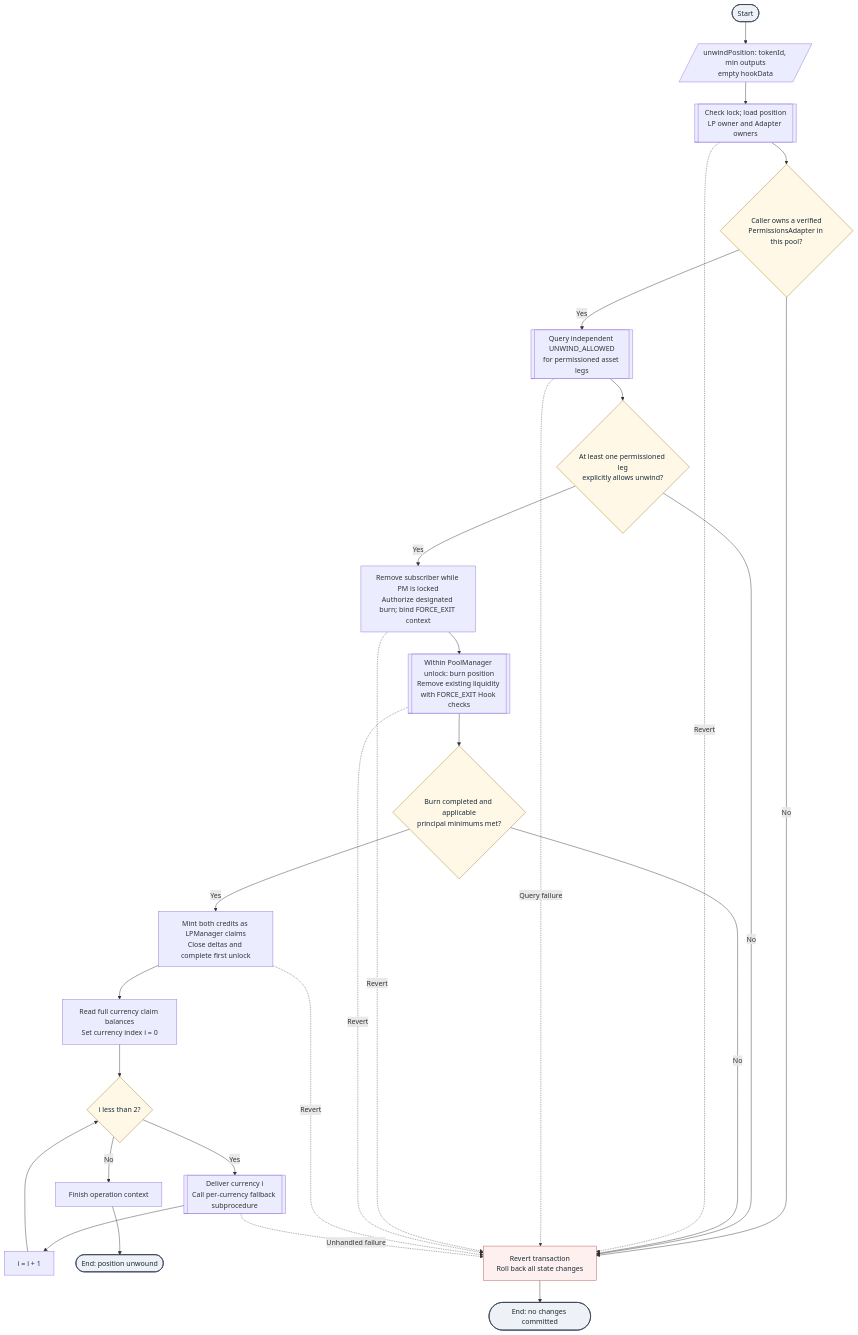
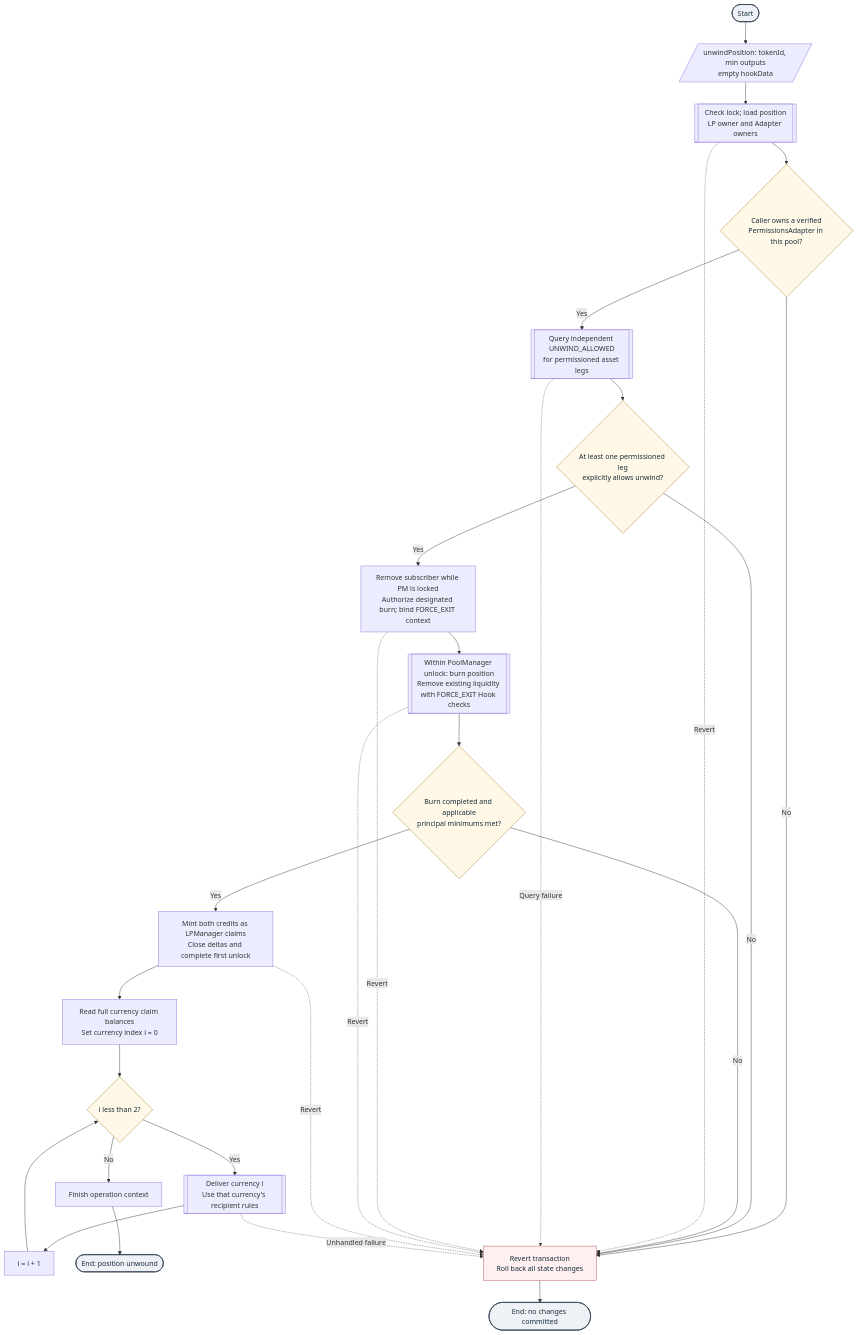
The fifth of 7 diagrams in docs/TSV_CONTRACT_DESIGN_LP_V1_EN.md (okx/tsv), drawn with Mermaid before and after one commit. The commit also changed other lines of this file and 1 other file, not shown here.

````diff
--- a/docs/TSV_CONTRACT_DESIGN_LP_V1_EN.md
+++ b/docs/TSV_CONTRACT_DESIGN_LP_V1_EN.md
@@ -388,53 +390,53 @@
 ```mermaid
 flowchart TD
     Start(["Start"])
     Input[/"unwindPosition: tokenId, min outputs<br/>empty hookData"/]
     Read[["Check lock; load position<br/>LP owner and Adapter owners"]]
     Admin{"Caller owns a verified<br/>PermissionsAdapter in this pool?"}
     Query[["Query independent UNWIND_ALLOWED<br/>for permissioned asset legs"]]
     Allowed{"At least one permissioned leg<br/>explicitly allows unwind?"}
     Prepare["Remove subscriber while PM is locked<br/>Authorize designated burn; bind FORCE_EXIT context"]
     Burn[["Within PoolManager unlock: burn position<br/>Remove existing liquidity with FORCE_EXIT Hook checks"]]
     Limits{"Burn completed and applicable<br/>principal minimums met?"}
     Claims["Mint both credits as LPManager claims<br/>Close deltas and complete first unlock"]
     Balances["Read full currency claim balances<br/>Set currency index i = 0"]
     More{"i less than 2?"}
-    Deliver[["Deliver currency i<br/>Call per-currency fallback subprocedure"]]
+    Deliver[["Deliver currency i<br/>Use that currency's recipient rules"]]
     Next["i = i + 1"]
     Finish["Finish operation context"]
     Success(["End: position unwound"])
     Reject["Revert transaction<br/>Roll back all state changes"]
     Failed(["End: no changes committed"])
     Start --> Input
     Input --> Read
     Read --> Admin
     Admin -->|No| Reject
     Admin -->|Yes| Query
     Query --> Allowed
     Allowed -->|No| Reject
     Allowed -->|Yes| Prepare
     Prepare --> Burn
     Burn --> Limits
     Limits -->|No| Reject
     Limits -->|Yes| Claims
     Claims --> Balances
     Balances --> More
     More -->|Yes| Deliver
     Deliver --> Next
     Next --> More
     More -->|No| Finish
     Finish --> Success
     Read -. Revert .-> Reject
     Query -. Query failure .-> Reject
     Prepare -. Revert .-> Reject
     Burn -. Revert .-> Reject
     Claims -. Revert .-> Reject
     Deliver -. Unhandled failure .-> Reject
     Reject --> Failed
     classDef terminal fill:#eef2f6,stroke:#334155,stroke-width:1.5px,color:#172b3a;
     classDef decision fill:#fff8e7,stroke:#a17a25,color:#172b3a;
     classDef failure fill:#fff0f0,stroke:#b45353,color:#172b3a;
     class Start,Success,Failed terminal;
     class Reject failure;
     class Admin,Allowed,Limits,More decision;
 ```
````
